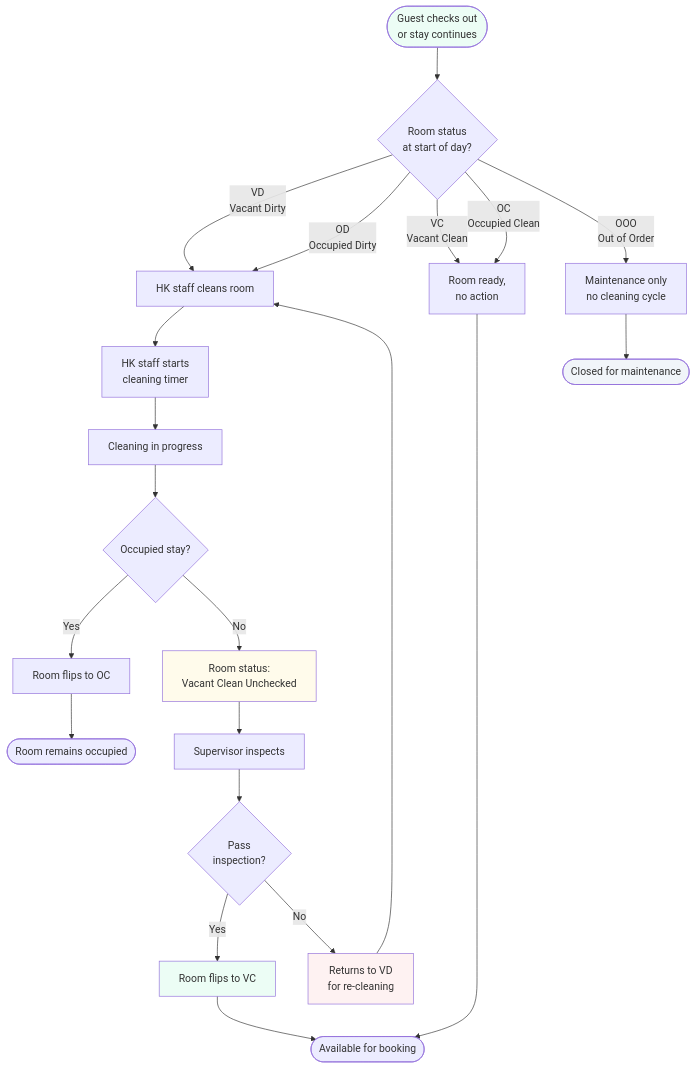
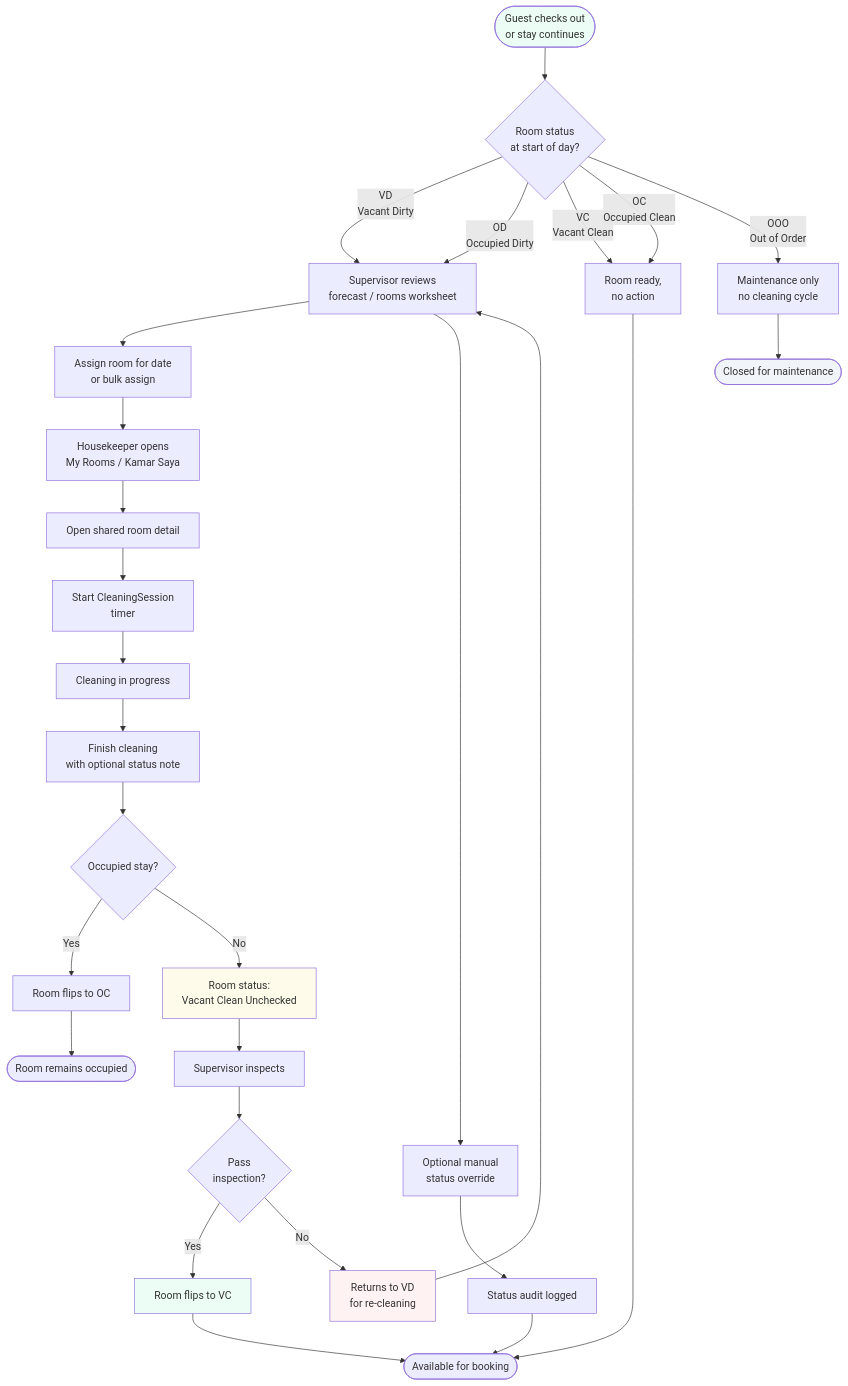
The sixth of 9 diagrams in docs/business_process_mvp.md (nurmareko/zadd-hotel-pms), drawn with Mermaid before and after one commit. The commit also changed other lines of this file and 9 other files, not shown here.

````diff
--- a/docs/business_process_mvp.md
+++ b/docs/business_process_mvp.md
@@ -194,32 +194,39 @@
 ```mermaid
 flowchart TD
     A([Guest checks out<br/>or stay continues]) --> B{Room status<br/>at start of day?}
 
-    B -->|VD<br/>Vacant Dirty| C[HK staff cleans room]
-    B -->|OD<br/>Occupied Dirty| C
+    B -->|VD<br/>Vacant Dirty| S[Supervisor reviews<br/>forecast / rooms worksheet]
+    B -->|OD<br/>Occupied Dirty| S
     B -->|VC<br/>Vacant Clean| D[Room ready,<br/>no action]
     B -->|OC<br/>Occupied Clean| D
     B -->|OOO<br/>Out of Order| E[Maintenance only<br/>no cleaning cycle]
 
-    C --> F[HK staff starts<br/>cleaning timer]
+    S --> T[Assign room for date<br/>or bulk assign]
+    T --> U[Housekeeper opens<br/>My Rooms / Kamar Saya]
+    U --> C[Open shared room detail]
+    C --> F[Start CleaningSession<br/>timer]
     F --> G[Cleaning in progress]
-    G --> H{Occupied stay?}
+    G --> R[Finish cleaning<br/>with optional status note]
+    R --> H{Occupied stay?}
     H -->|Yes| P[Room flips to OC]
     H -->|No| I[Room status:<br/>Vacant Clean Unchecked]
     I --> J[Supervisor inspects]
     J --> K{Pass<br/>inspection?}
     K -->|Yes| L[Room flips to VC]
     K -->|No| M[Returns to VD<br/>for re-cleaning]
-    M --> C
+    M --> S
+    S --> X[Optional manual<br/>status override]
+    X --> Y[Status audit logged]
 
     P --> Q([Room remains occupied])
     L --> N([Available for booking])
     D --> N
     E --> O([Closed for maintenance])
+    Y --> N
 
     style A fill:#ecfdf5
     style I fill:#fffbeb
     style L fill:#ecfdf5
     style M fill:#fef2f2
     style O fill:#f1f5f9
 ```
````
